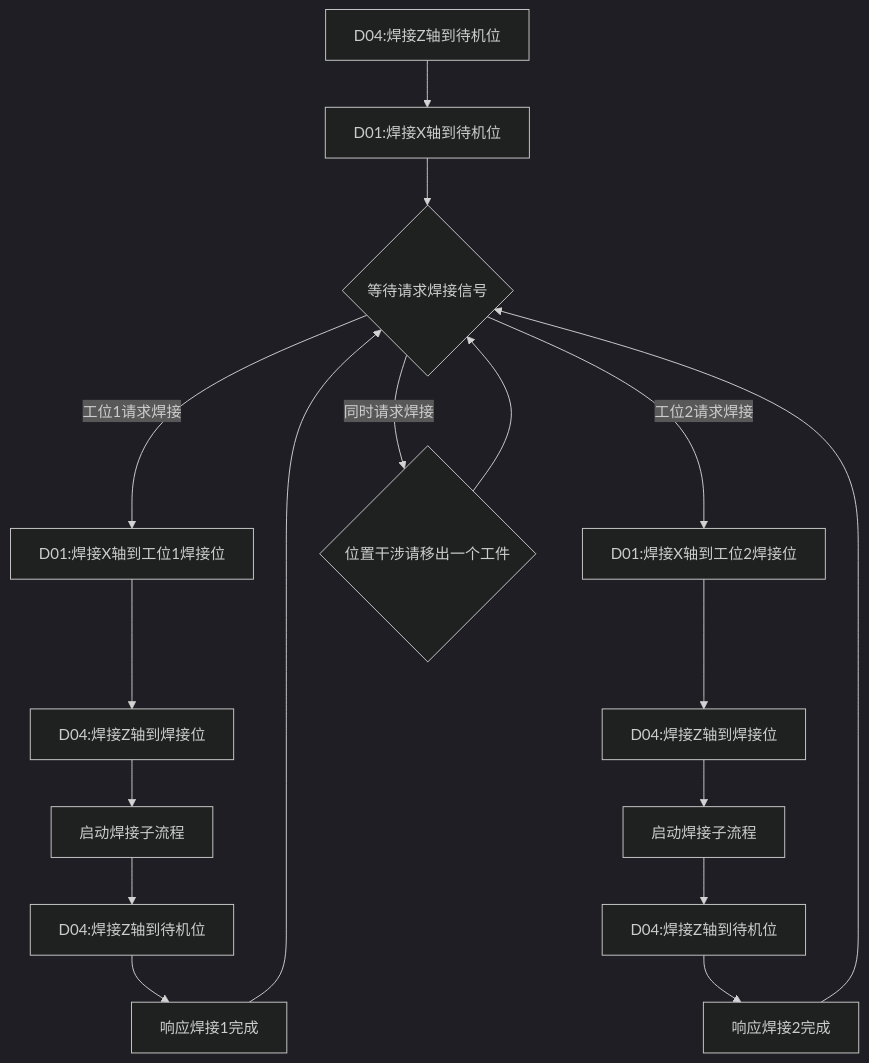
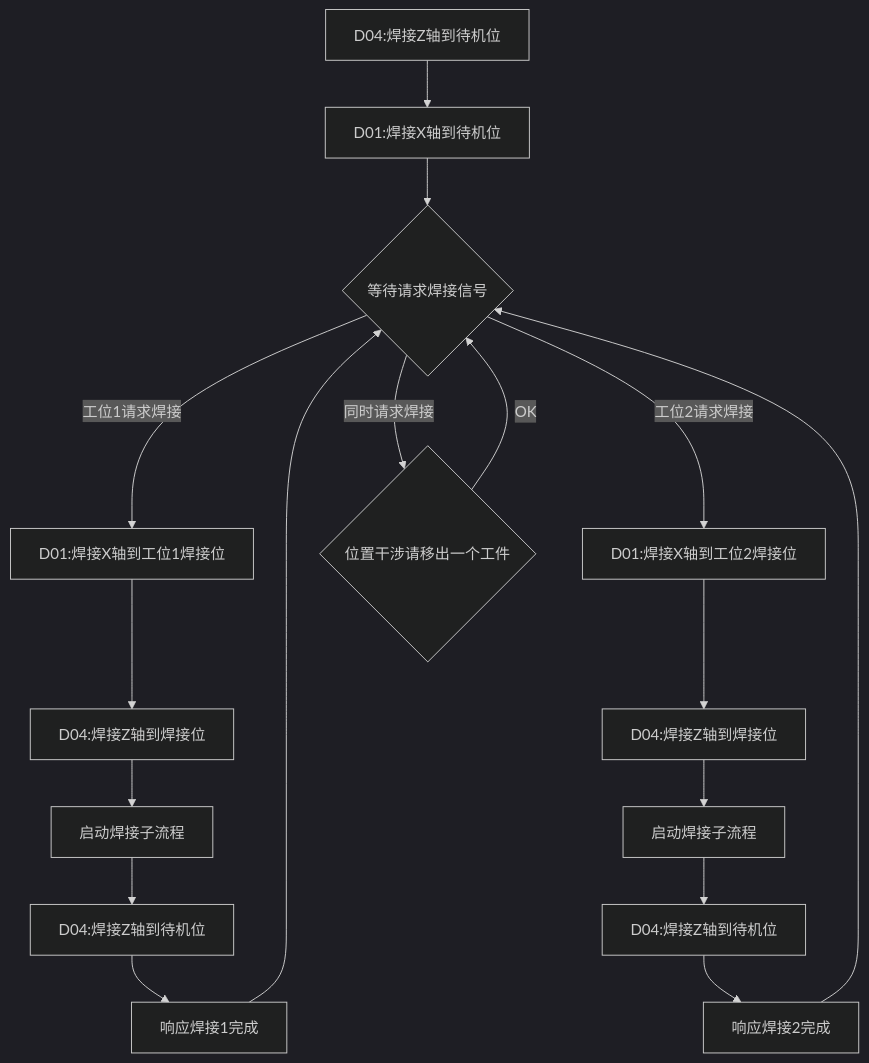
Before and after one commit to PengKun1/iodraw-files: the diagram in all/OP20-1焊接工位自动流程.md, drawn with Mermaid (dark theme).

Commit message:
2024-08-07 14:08:28 update

````diff
--- a/all/OP20-1焊接工位自动流程.md
+++ b/all/OP20-1焊接工位自动流程.md
@@ -1,19 +1,19 @@
 ```mermaid
 graph TD
 10[D04:焊接Z轴到待机位]-->20
 20[D01:焊接X轴到待机位]-->30
 30{等待请求焊接信号}-->|工位1请求焊接|40
 30-->|工位2请求焊接|100
 30-->|同时请求焊接|900
 40[D01:焊接X轴到工位1焊接位]-->50
 50[D04:焊接Z轴到焊接位]-->60
 60[启动焊接子流程]-->70
 70[D04:焊接Z轴到待机位]-->80
 80[响应焊接1完成]-->30
 100[D01:焊接X轴到工位2焊接位]-->110
 110[D04:焊接Z轴到焊接位]-->120
 120[启动焊接子流程]-->130
 130[D04:焊接Z轴到待机位]-->140
 140[响应焊接2完成]-->30
-900{位置干涉请移出一个工件}-->30
+900{位置干涉请移出一个工件}-->|OK|30
 ```
````
